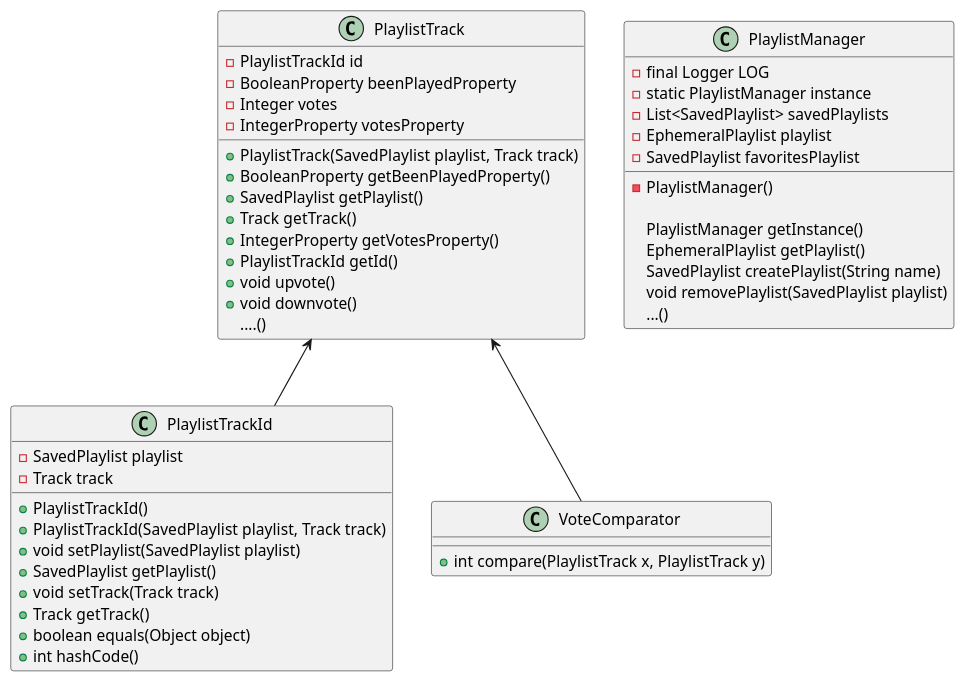
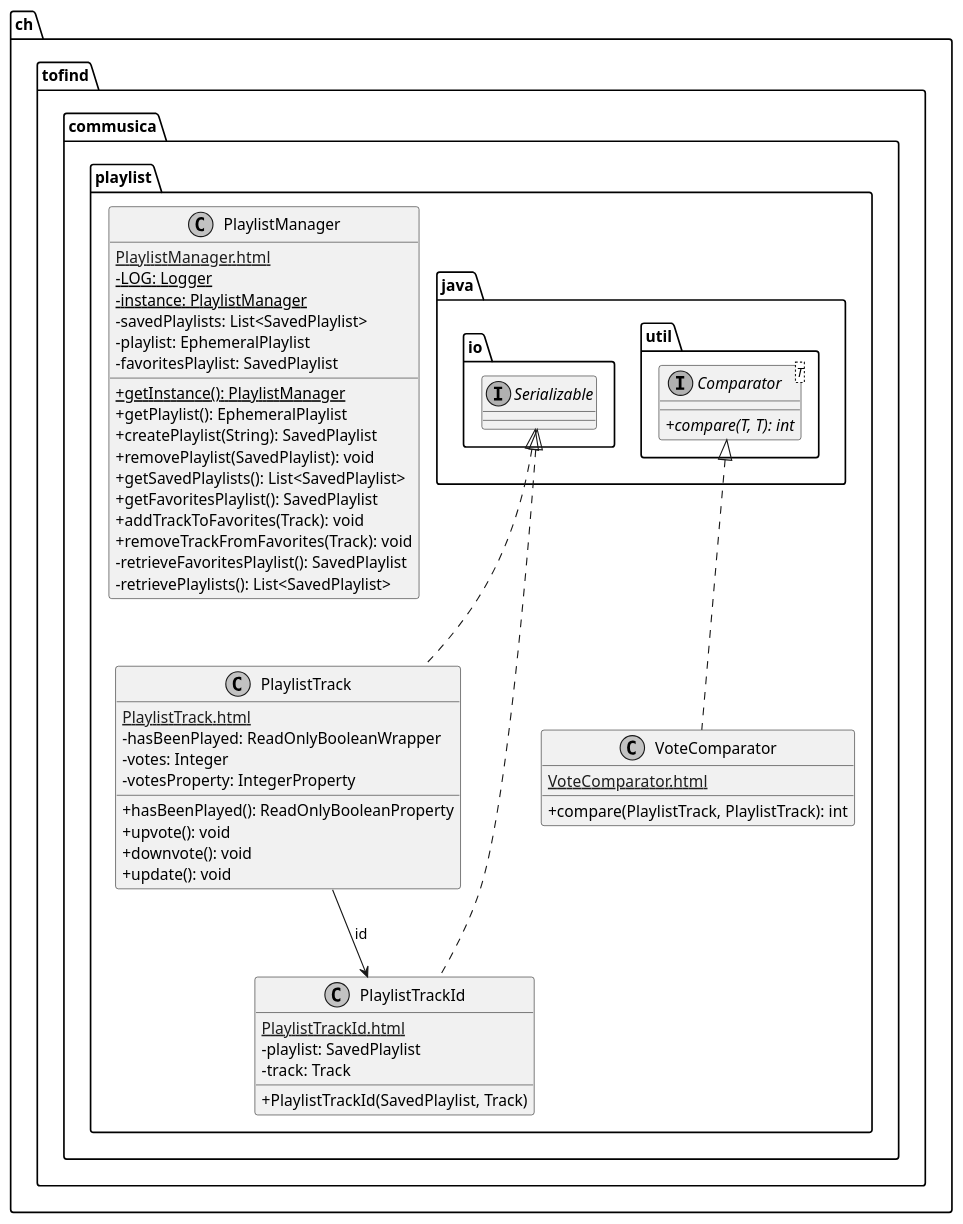
One commit to heig-vd-pro2017/projet changed the diagram in doc/PRO/UML/playlist.puml. Above: the diagram before and after it, drawn with PlantUML. The commit also changed 15 other files, not shown here.

Commit message:
UML schemas done

```diff
--- a/doc/PRO/UML/playlist.puml
+++ b/doc/PRO/UML/playlist.puml
@@ -1,64 +1,64 @@
 @startuml
 
+    skinparam monochrome true
+    skinparam classAttributeIconSize 0
 
-class PlaylistTrackId{
-- SavedPlaylist playlist
-- Track track
-+ PlaylistTrackId()
-+ PlaylistTrackId(SavedPlaylist playlist, Track track)
-+ void setPlaylist(SavedPlaylist playlist)
-+ SavedPlaylist getPlaylist()
-+ void setTrack(Track track)
-+ Track getTrack()
-+boolean equals(Object object)
-+int hashCode()
+    namespace ch.tofind.commusica.playlist {
 
-}
+        class PlaylistTrack {
+            [[PlaylistTrack.html]]
+            -hasBeenPlayed: ReadOnlyBooleanWrapper
+            -votes: Integer
+            -votesProperty: IntegerProperty
+            +hasBeenPlayed(): ReadOnlyBooleanProperty
+            +upvote(): void
+            +downvote(): void
+            +update(): void
+        }
 
-class PlaylistTrack{
-- PlaylistTrackId id
-- BooleanProperty beenPlayedProperty
-- Integer votes
-- IntegerProperty votesProperty
-+PlaylistTrack(SavedPlaylist playlist, Track track)
-+BooleanProperty getBeenPlayedProperty()
-+SavedPlaylist getPlaylist()
-+Track getTrack()
-+IntegerProperty getVotesProperty()
-+PlaylistTrackId getId()
-+ void upvote()
-+ void downvote()
-....()
+        class PlaylistManager {
+            [[PlaylistManager.html]]
+            {static} -LOG: Logger
+            {static} -instance: PlaylistManager
+            -savedPlaylists: List<SavedPlaylist>
+            -playlist: EphemeralPlaylist
+            -favoritesPlaylist: SavedPlaylist
+            {static} +getInstance(): PlaylistManager
+            +getPlaylist(): EphemeralPlaylist
+            +createPlaylist(String): SavedPlaylist
+            +removePlaylist(SavedPlaylist): void
+            +getSavedPlaylists(): List<SavedPlaylist>
+            +getFavoritesPlaylist(): SavedPlaylist
+            +addTrackToFavorites(Track): void
+            +removeTrackFromFavorites(Track): void
+            -retrieveFavoritesPlaylist(): SavedPlaylist
+            -retrievePlaylists(): List<SavedPlaylist>
+        }
 
+        class VoteComparator {
+            [[VoteComparator.html]]
+            +compare(PlaylistTrack, PlaylistTrack): int
+        }
 
+        class PlaylistTrackId {
+            [[PlaylistTrackId.html]]
+            -playlist: SavedPlaylist
+            -track: Track
+            +PlaylistTrackId(SavedPlaylist, Track)
+        }
 
-}
+        interface java.io.Serializable
+        java.io.Serializable <|.. PlaylistTrack
 
-class VoteComparator{
-+ int compare(PlaylistTrack x, PlaylistTrack y)
+        interface java.util.Comparator<T> {
+            {abstract} +compare(T, T): int
+        }
+        java.util.Comparator <|.. VoteComparator
 
-}
+        java.io.Serializable <|.. PlaylistTrackId
 
-class PlaylistManager{
-- final Logger LOG
--static PlaylistManager instance
--List<SavedPlaylist> savedPlaylists
--EphemeralPlaylist playlist
--SavedPlaylist favoritesPlaylist
--PlaylistManager()
+        PlaylistTrack --> PlaylistTrackId: id
 
-PlaylistManager getInstance()
-EphemeralPlaylist getPlaylist()
-SavedPlaylist createPlaylist(String name)
-void removePlaylist(SavedPlaylist playlist)
-...()
-}
-
-PlaylistTrack <-- PlaylistTrackId
-
-PlaylistTrack <-- VoteComparator
-
-
-
+    }
 
 @enduml
```
